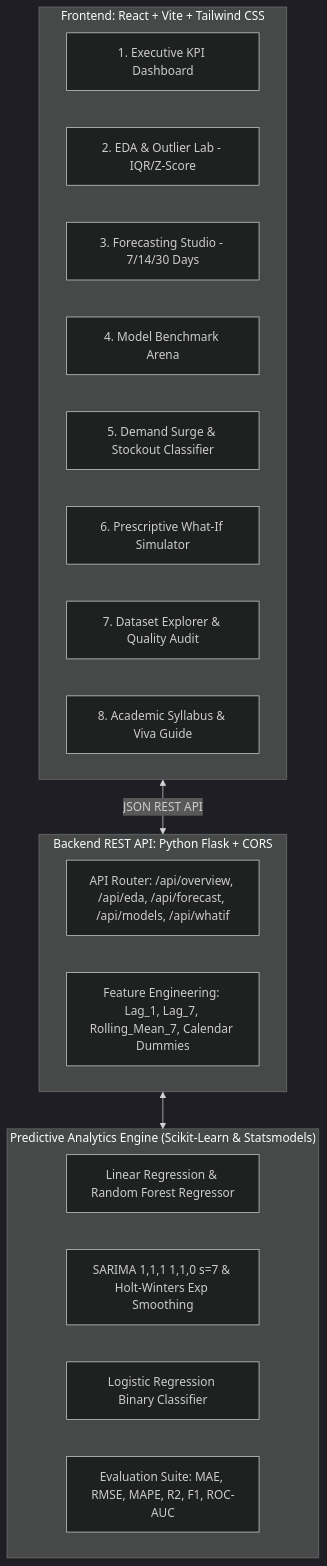
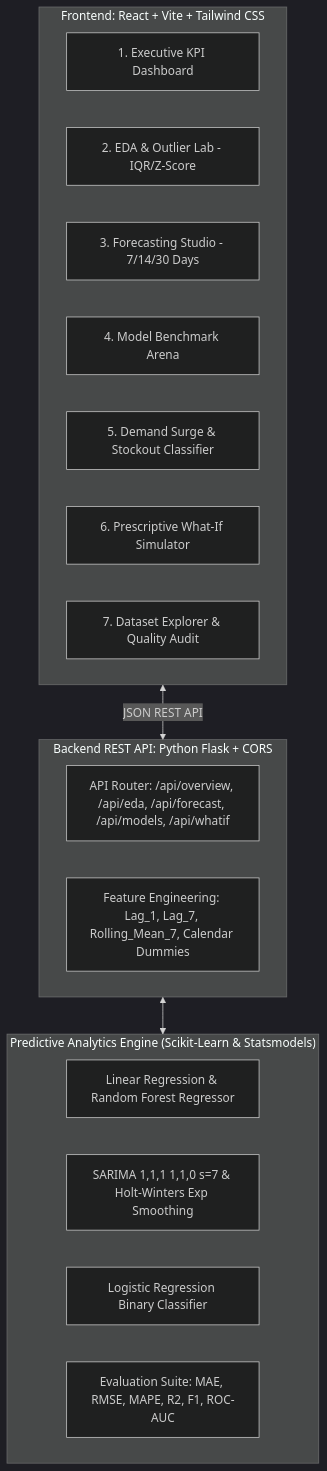
The diagram in README.md (shatakshisingh583-tech/SalesSense-AI-Retail-Forecasting), drawn with Mermaid (dark theme) before and after one commit. The commit also changed other lines of this file and 10 other files, not shown here.

````diff
--- a/README.md
+++ b/README.md
@@ -29,28 +29,27 @@
 ```mermaid
 flowchart TD
     subgraph Client["Frontend: React + Vite + Tailwind CSS"]
         UI_DASH[1. Executive KPI Dashboard]
         UI_EDA[2. EDA & Outlier Lab - IQR/Z-Score]
         UI_FC[3. Forecasting Studio - 7/14/30 Days]
         UI_MOD[4. Model Benchmark Arena]
         UI_CLF[5. Demand Surge & Stockout Classifier]
         UI_SIM[6. Prescriptive What-If Simulator]
         UI_DATA[7. Dataset Explorer & Quality Audit]
-        UI_VIVA[8. Academic Syllabus & Viva Guide]
     end
 
     subgraph Server["Backend REST API: Python Flask + CORS"]
         API_ROUTER[API Router: /api/overview, /api/eda, /api/forecast, /api/models, /api/whatif]
         FEATURE_ENG[Feature Engineering: Lag_1, Lag_7, Rolling_Mean_7, Calendar Dummies]
     end
 
     subgraph ML["Predictive Analytics Engine (Scikit-Learn & Statsmodels)"]
         REG[Linear Regression & Random Forest Regressor]
         TS[SARIMA 1,1,1 1,1,0 s=7 & Holt-Winters Exp Smoothing]
         CLF[Logistic Regression Binary Classifier]
         EVAL[Evaluation Suite: MAE, RMSE, MAPE, R2, F1, ROC-AUC]
     end
 
     Client <-->|JSON REST API| Server
     Server <--> ML
 ```
````
